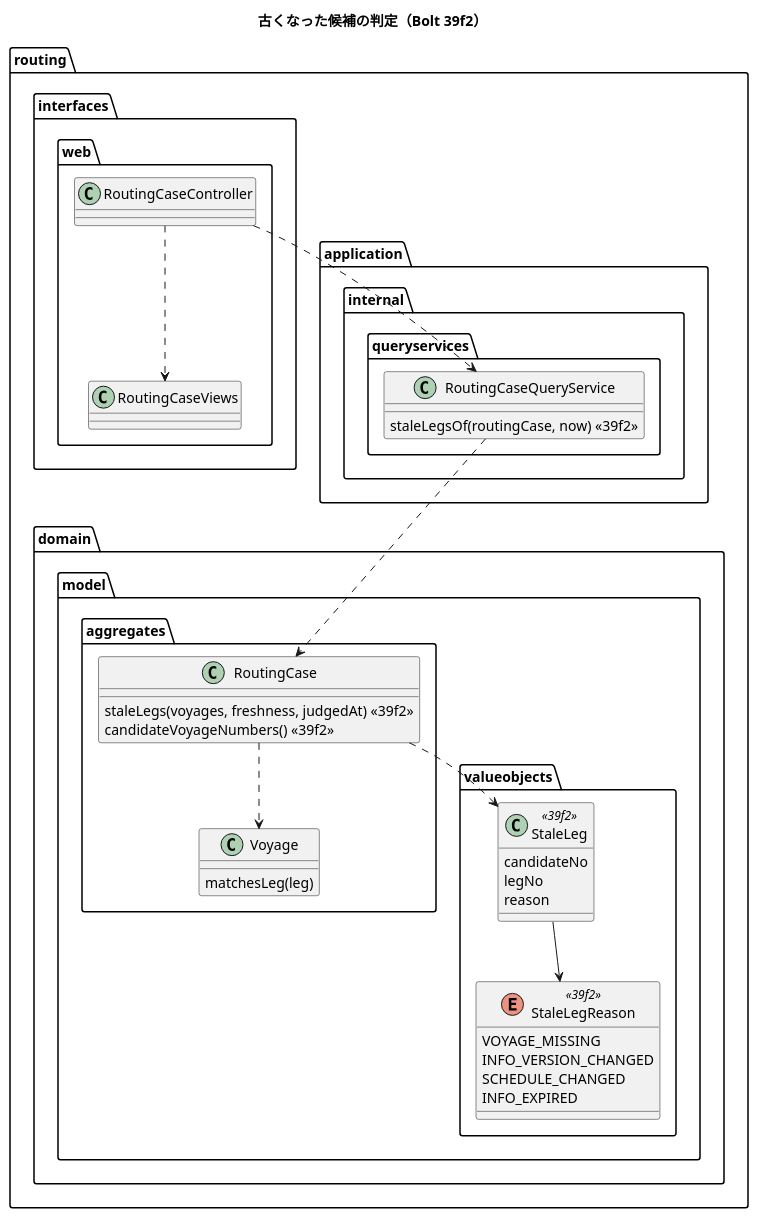
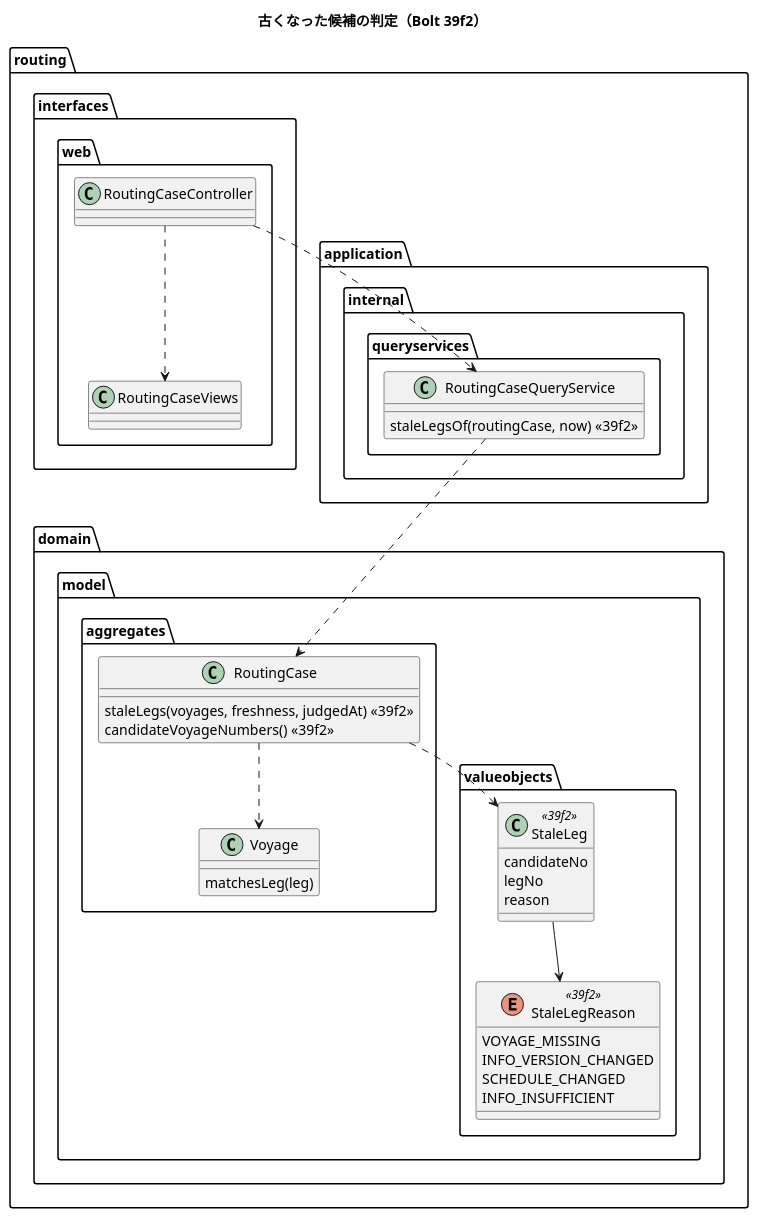
One commit to k2works/practical-domain-driven-design-in-enterpris-application changed the third of 3 diagrams in docs/development/cargo-tracker/bolt_39f2_plan.md. Above: the diagram before and after it, drawn with PlantUML. The commit also changed other lines of this file and 1 other file, not shown here.

````diff
--- a/docs/development/cargo-tracker/bolt_39f2_plan.md
+++ b/docs/development/cargo-tracker/bolt_39f2_plan.md
@@ -300,42 +318,42 @@
 ```plantuml
 @startuml
 title 古くなった候補の判定（Bolt 39f2）
 package "routing.domain.model.valueobjects" {
   class StaleLeg <<39f2>> {
     candidateNo
     legNo
     reason
   }
   enum StaleLegReason <<39f2>> {
     VOYAGE_MISSING
     INFO_VERSION_CHANGED
     SCHEDULE_CHANGED
-    INFO_EXPIRED
+    INFO_INSUFFICIENT
   }
 }
 package "routing.domain.model.aggregates" {
   class RoutingCase {
     staleLegs(voyages, freshness, judgedAt) <<39f2>>
     candidateVoyageNumbers() <<39f2>>
   }
   class Voyage {
     matchesLeg(leg)
   }
 }
 package "routing.application.internal.queryservices" {
   class RoutingCaseQueryService {
     staleLegsOf(routingCase, now) <<39f2>>
   }
 }
 package "routing.interfaces.web" {
   class RoutingCaseController
   class RoutingCaseViews
 }
 RoutingCaseController ..> RoutingCaseQueryService
 RoutingCaseController ..> RoutingCaseViews
 RoutingCaseQueryService ..> RoutingCase
 RoutingCase ..> Voyage
 RoutingCase ..> StaleLeg
 StaleLeg --> StaleLegReason
 @enduml
 ```
````
